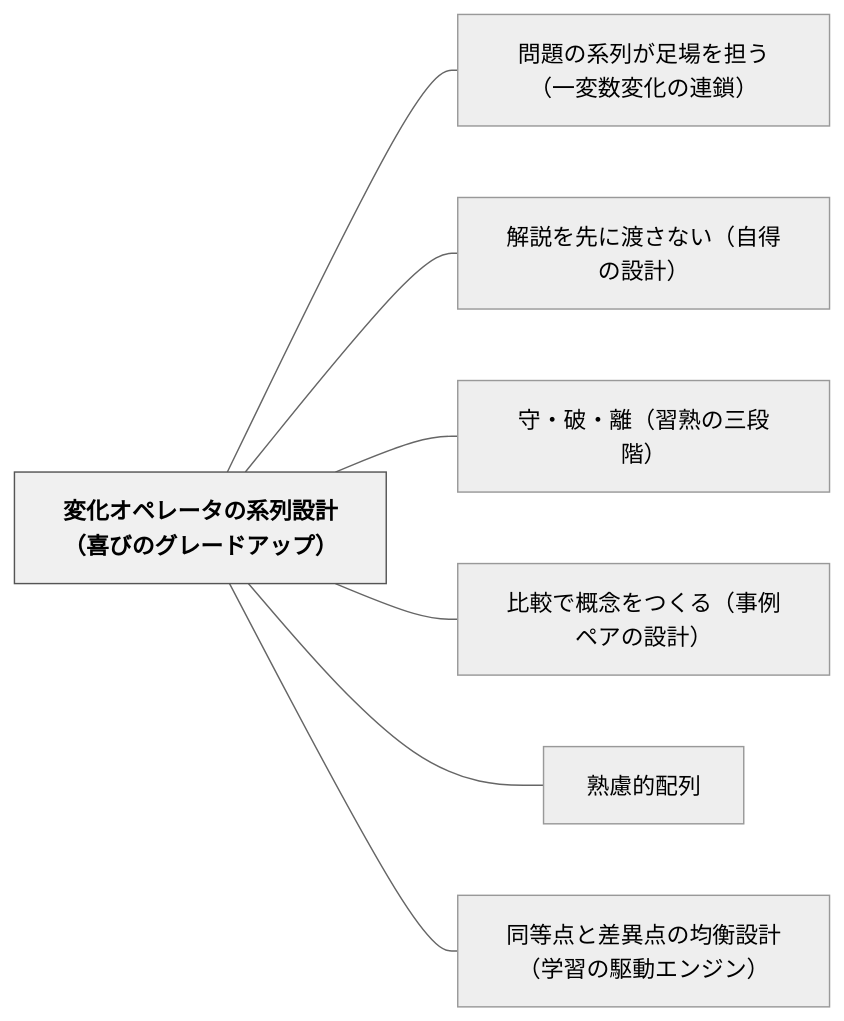
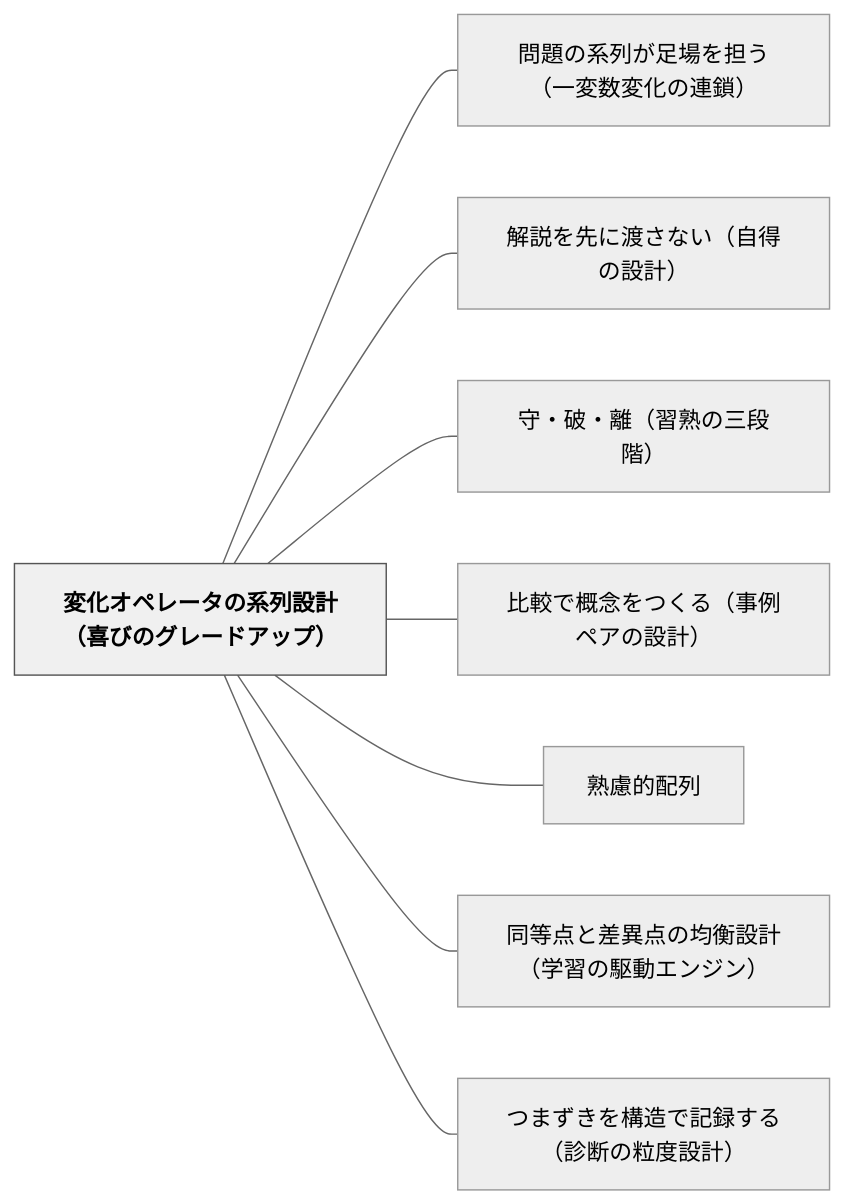
The diagram in content/パタン/変化オペレータの系列設計（喜びのグレードアップ）.md (unknownthings-ed-patterns/unknownthings-ed-patterns), drawn with Mermaid (neutral theme) before and after one commit. The commit also changed other lines of this file and 2 other files, not shown here.

Commit message:
auto: Obsidianから同期 2026-06-15 17:51

````diff
--- a/content/パタン/変化オペレータの系列設計（喜びのグレードアップ）.md
+++ b/content/パタン/変化オペレータの系列設計（喜びのグレードアップ）.md
@@ -118,20 +119,22 @@
 ```mermaid
 flowchart LR
     ne5a489e58c96e382aae3839ae383ace383bce382bfe381aee7b3bbe58897e8a8ade8a888efbc88e5969ce381b3e381aee382b0e383ace383bce38389e382a2e38383e38397efbc89["変化オペレータの系列設計（喜びのグレードアップ）"]
     ne5958fe9a18ce381aee7b3bbe58897e3818ce8b6b3e5a0b4e38292e68b85e38186efbc88e4b880e5a489e695b0e5a489e58c96e381aee980a3e98e96efbc89["問題の系列が足場を担う（一変数変化の連鎖）"]
     ne8a7a3e8aaace38292e58588e381abe6b8a1e38195e381aae38184efbc88e887aae5be97e381aee8a8ade8a888efbc89["解説を先に渡さない（自得の設計）"]
     ne5ae88e383bbe7a0b4e383bbe99ba2efbc88e7bf92e7869fe381aee4b889e6aeb5e99a8eefbc89["守・破・離（習熟の三段階）"]
     ne6af94e8bc83e381a7e6a682e5bfb5e38292e381a4e3818fe3828befbc88e4ba8be4be8be3839ae382a2e381aee8a8ade8a888efbc89["比較で概念をつくる（事例ペアの設計）"]
     ne7869fe685aee79a84e9858de58897["熟慮的配列"]
     ne5908ce7ad89e782b9e381a8e5b7aee795b0e782b9e381aee59d87e8a1a1e8a8ade8a888efbc88e5ada6e7bf92e381aee9a786e58b95e382a8e383b3e382b8e383b3efbc89["同等点と差異点の均衡設計（学習の駆動エンジン）"]
+    ne381a4e381bee3819ae3818de38292e6a78be980a0e381a7e8a898e98cb2e38199e3828befbc88e8a8bae696ade381aee7b292e5baa6e8a8ade8a888efbc89["つまずきを構造で記録する（診断の粒度設計）"]
 
     ne5a489e58c96e382aae3839ae383ace383bce382bfe381aee7b3bbe58897e8a8ade8a888efbc88e5969ce381b3e381aee382b0e383ace383bce38389e382a2e38383e38397efbc89 --- ne5958fe9a18ce381aee7b3bbe58897e3818ce8b6b3e5a0b4e38292e68b85e38186efbc88e4b880e5a489e695b0e5a489e58c96e381aee980a3e98e96efbc89
     ne5a489e58c96e382aae3839ae383ace383bce382bfe381aee7b3bbe58897e8a8ade8a888efbc88e5969ce381b3e381aee382b0e383ace383bce38389e382a2e38383e38397efbc89 --- ne8a7a3e8aaace38292e58588e381abe6b8a1e38195e381aae38184efbc88e887aae5be97e381aee8a8ade8a888efbc89
     ne5a489e58c96e382aae3839ae383ace383bce382bfe381aee7b3bbe58897e8a8ade8a888efbc88e5969ce381b3e381aee382b0e383ace383bce38389e382a2e38383e38397efbc89 --- ne5ae88e383bbe7a0b4e383bbe99ba2efbc88e7bf92e7869fe381aee4b889e6aeb5e99a8eefbc89
     ne5a489e58c96e382aae3839ae383ace383bce382bfe381aee7b3bbe58897e8a8ade8a888efbc88e5969ce381b3e381aee382b0e383ace383bce38389e382a2e38383e38397efbc89 --- ne6af94e8bc83e381a7e6a682e5bfb5e38292e381a4e3818fe3828befbc88e4ba8be4be8be3839ae382a2e381aee8a8ade8a888efbc89
     ne5a489e58c96e382aae3839ae383ace383bce382bfe381aee7b3bbe58897e8a8ade8a888efbc88e5969ce381b3e381aee382b0e383ace383bce38389e382a2e38383e38397efbc89 --- ne7869fe685aee79a84e9858de58897
     ne5a489e58c96e382aae3839ae383ace383bce382bfe381aee7b3bbe58897e8a8ade8a888efbc88e5969ce381b3e381aee382b0e383ace383bce38389e382a2e38383e38397efbc89 --- ne5908ce7ad89e782b9e381a8e5b7aee795b0e782b9e381aee59d87e8a1a1e8a8ade8a888efbc88e5ada6e7bf92e381aee9a786e58b95e382a8e383b3e382b8e383b3efbc89
+    ne5a489e58c96e382aae3839ae383ace383bce382bfe381aee7b3bbe58897e8a8ade8a888efbc88e5969ce381b3e381aee382b0e383ace383bce38389e382a2e38383e38397efbc89 --- ne381a4e381bee3819ae3818de38292e6a78be980a0e381a7e8a898e98cb2e38199e3828befbc88e8a8bae696ade381aee7b292e5baa6e8a8ade8a888efbc89
 
     classDef hub fill:#f0f0f0,stroke:#555,color:#000,font-weight:bold
     class ne5a489e58c96e382aae3839ae383ace383bce382bfe381aee7b3bbe58897e8a8ade8a888efbc88e5969ce381b3e381aee382b0e383ace383bce38389e382a2e38383e38397efbc89 hub
 ```
````
